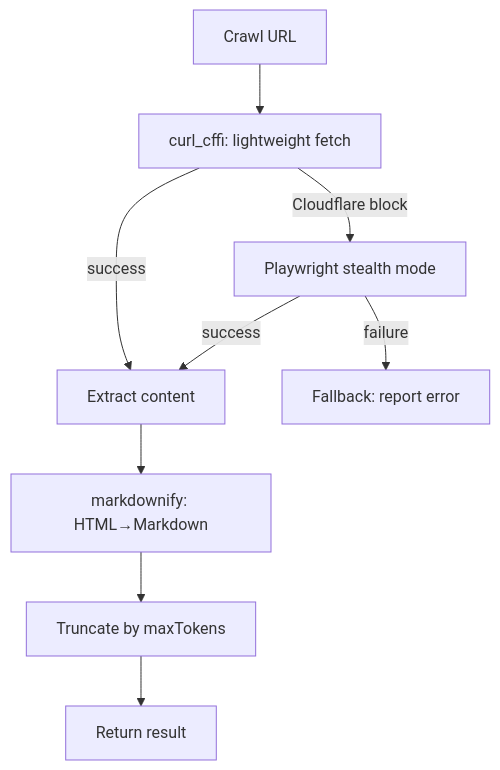
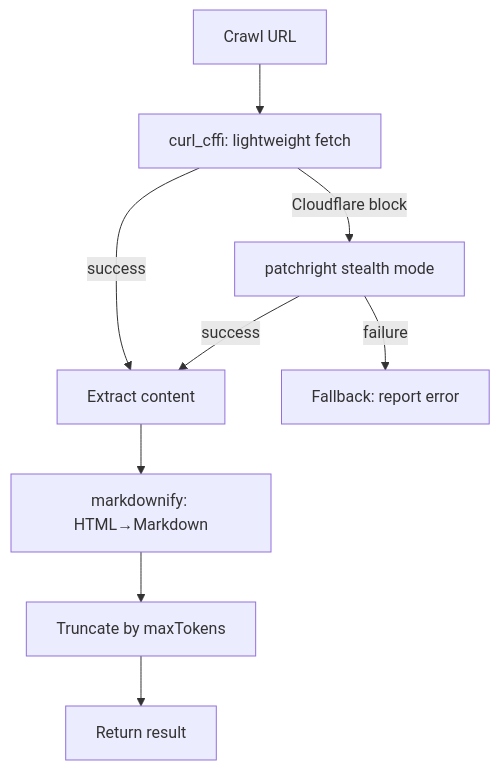
Before and after one commit to SchneiderDaniel/cheasee-pi: the diagram in docs/extensions/scrapling.md, drawn with Mermaid. The commit also changed other lines of this file and 14 other files, not shown here.

````diff
--- a/docs/extensions/scrapling.md
+++ b/docs/extensions/scrapling.md
@@ -45,11 +45,11 @@
 ```mermaid
 flowchart TD
     A[Crawl URL] --> B[curl_cffi: lightweight fetch]
     B -- success --> C[Extract content]
-    B -- Cloudflare block --> D[Playwright stealth mode]
+    B -- Cloudflare block --> D[patchright stealth mode]
     D -- success --> C
     D -- failure --> E[Fallback: report error]
     C --> F[markdownify: HTML→Markdown]
     F --> G[Truncate by maxTokens]
     G --> H[Return result]
 ```
````
